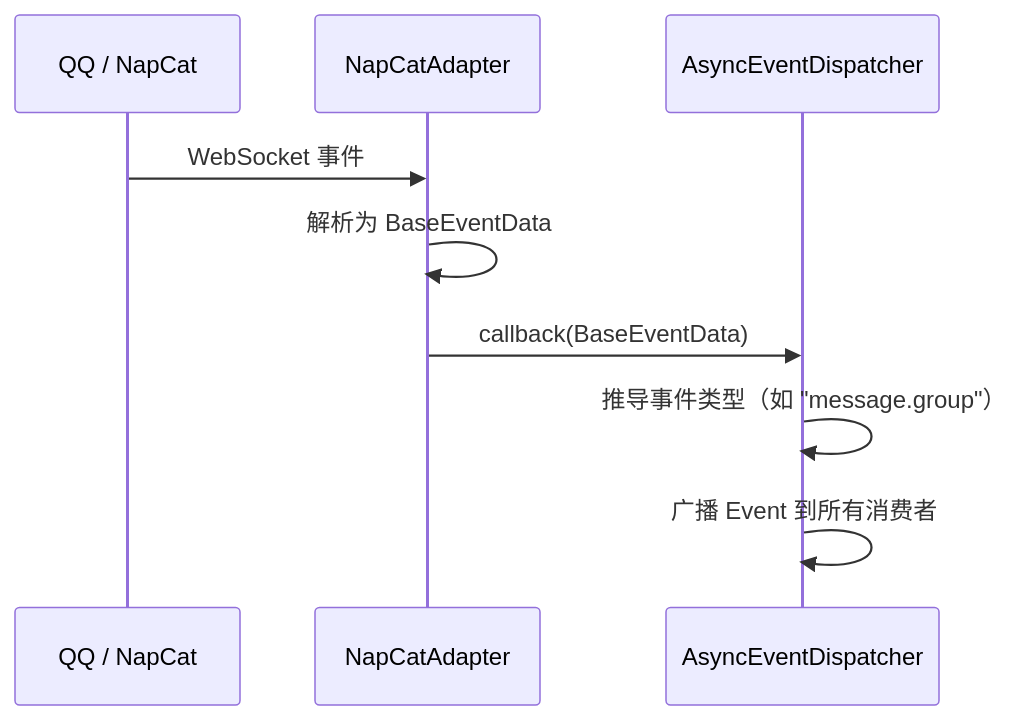
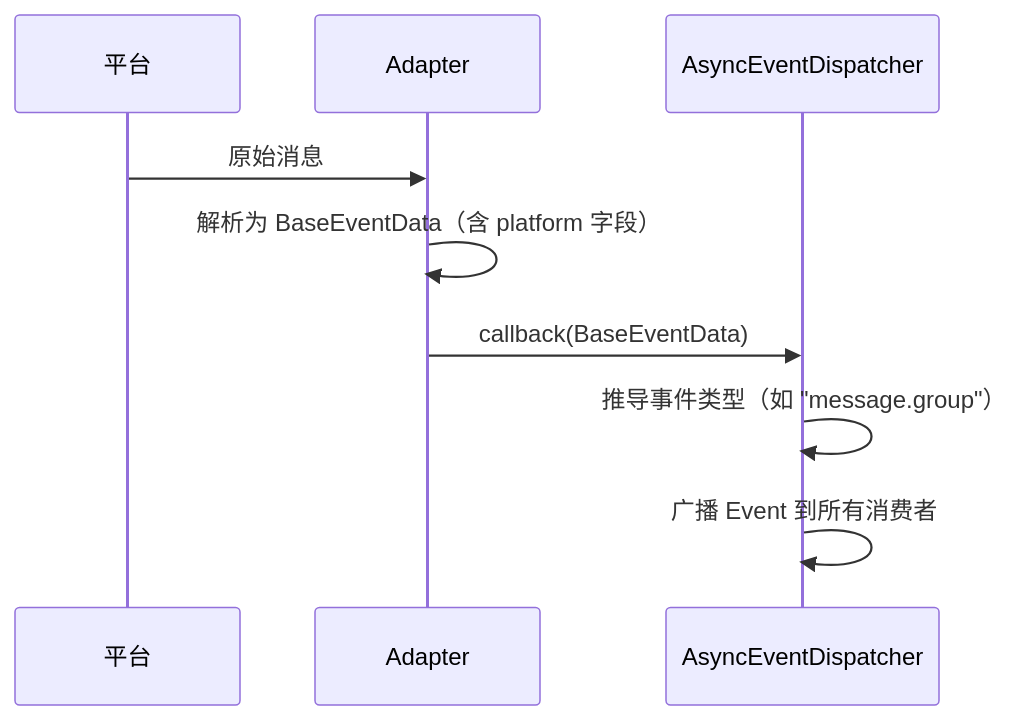
Diagram 13 of 16 in docs/architecture.md (Sparrived/ncatbot), drawn with Mermaid before and after one commit. The commit also changed other lines of this file and 91 other files, not shown here.

````diff
--- a/docs/architecture.md
+++ b/docs/architecture.md
@@ -574,12 +733,12 @@
 ```mermaid
 sequenceDiagram
-    participant QQ as QQ / NapCat
-    participant Adapter as NapCatAdapter
+    participant Platform as 平台
+    participant Adapter as Adapter
     participant Disp as AsyncEventDispatcher
 
-    QQ->>Adapter: WebSocket 事件
-    Adapter->>Adapter: 解析为 BaseEventData
+    Platform->>Adapter: 原始消息
+    Adapter->>Adapter: 解析为 BaseEventData（含 platform 字段）
     Adapter->>Disp: callback(BaseEventData)
     Disp->>Disp: 推导事件类型（如 "message.group"）
     Disp->>Disp: 广播 Event 到所有消费者
 ```
````
